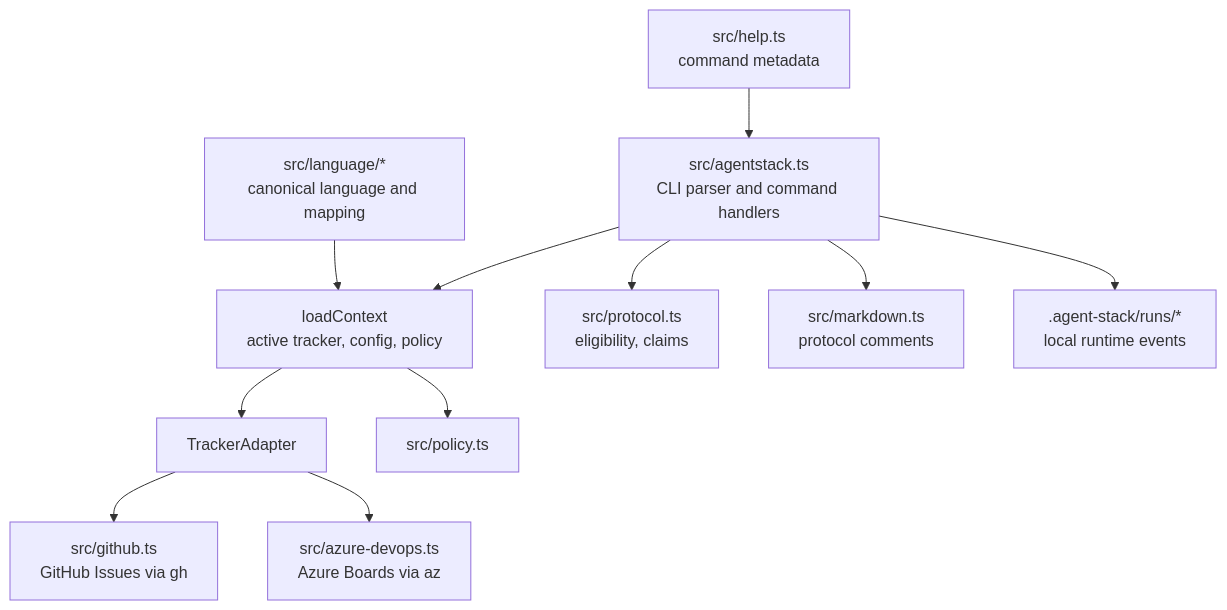
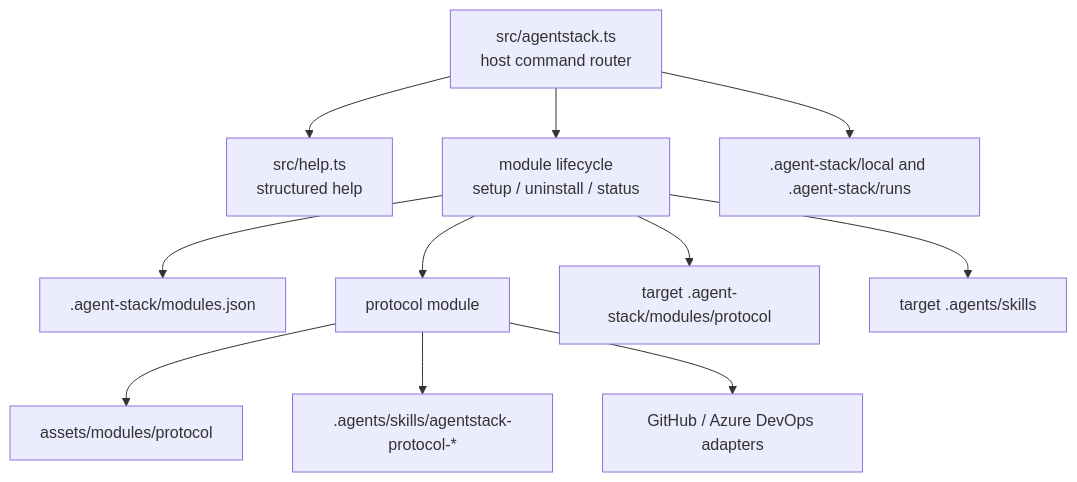
One commit to AGiorgetti/AgentStack changed the diagram in docs/architecture.md. Above: the diagram before and after it, drawn with Mermaid. The commit also changed other lines of this file and 66 other files, not shown here.

First line of the commit message:
CLI: refactor plugin system and built-in protocol module, add uninstall and usage documentation, enhance CLI module commands

````diff
--- a/docs/architecture.md
+++ b/docs/architecture.md
@@ -7,13 +5,13 @@
 ```mermaid
 flowchart TD
-  CLI["src/agentstack.ts\nCLI parser and command handlers"] --> Context["loadContext\nactive tracker, config, policy"]
-  Context --> Adapter["TrackerAdapter"]
-  Adapter --> GitHub["src/github.ts\nGitHub Issues via gh"]
-  Adapter --> AzDO["src/azure-devops.ts\nAzure Boards via az"]
-  Context --> Policy["src/policy.ts"]
-  CLI --> Protocol["src/protocol.ts\neligibility, claims"]
-  CLI --> Markdown["src/markdown.ts\nprotocol comments"]
-  CLI --> Events[".agent-stack/runs/*\nlocal runtime events"]
-  Help["src/help.ts\ncommand metadata"] --> CLI
-  Language["src/language/*\ncanonical language and mapping"] --> Context
+  CLI["src/agentstack.ts\nhost command router"] --> Help["src/help.ts\nstructured help"]
+  CLI --> Lifecycle["module lifecycle\nsetup / uninstall / status"]
+  Lifecycle --> Manifest[".agent-stack/modules.json"]
+  Lifecycle --> ProtocolModule["protocol module"]
+  ProtocolModule --> SourceAssets["assets/modules/protocol"]
+  Lifecycle --> InstalledAssets["target .agent-stack/modules/protocol"]
+  Lifecycle --> Skills["target .agents/skills"]
+  ProtocolModule --> ProtocolSkills[".agents/skills/agentstack-protocol-*"]
+  ProtocolModule --> TrackerAdapters["GitHub / Azure DevOps adapters"]
+  CLI --> Runtime[".agent-stack/local and .agent-stack/runs"]
 ```
````
